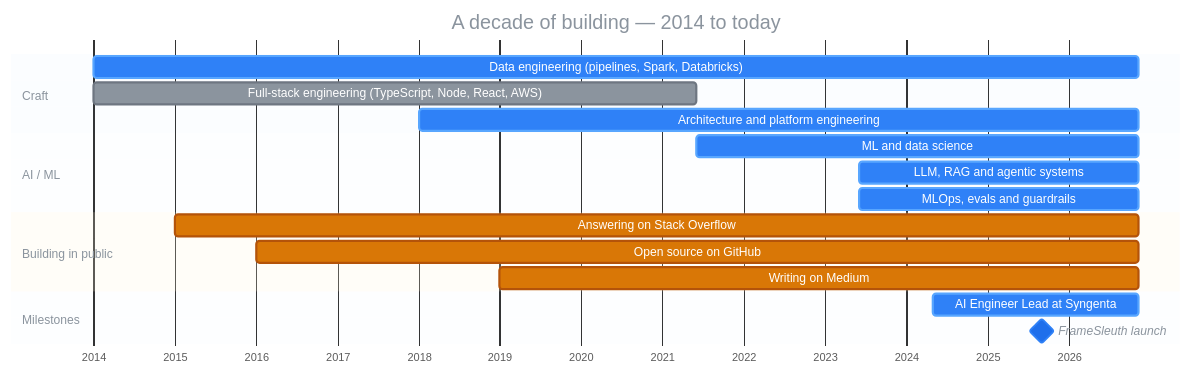
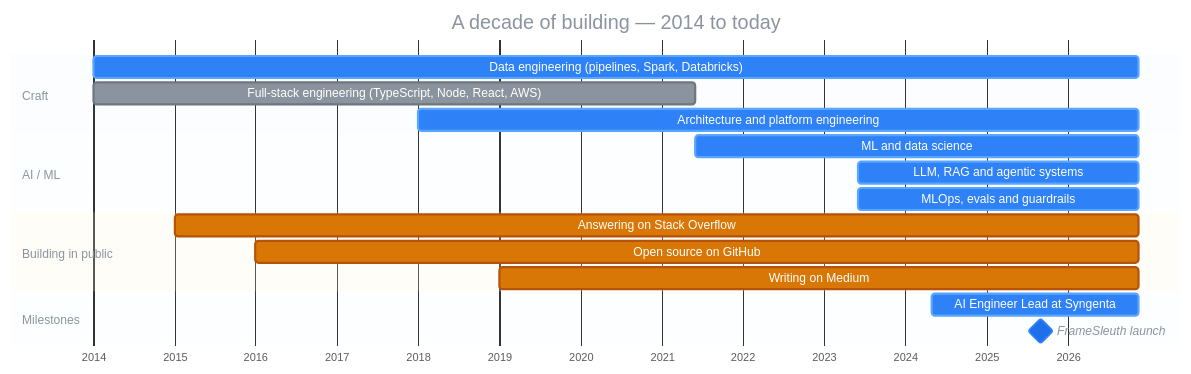
The first of 2 diagrams in README.md (santoshshinde2012/santoshshinde2012), drawn with Mermaid before and after one commit. The commit also changed other lines of this file, not shown here.

Commit message:
chore: refresh shipping summary

````diff
--- a/README.md
+++ b/README.md
@@ -128,27 +131,27 @@
 ```mermaid
 %%{init: {'theme':'base','themeVariables':{'fontFamily':'Fira Code, monospace','taskBkgColor':'#1F6FEB','taskBorderColor':'#2F81F7','activeTaskBkgColor':'#2F81F7','activeTaskBorderColor':'#58A6FF','doneTaskBkgColor':'#8B949E','doneTaskBorderColor':'#6E7681','critBkgColor':'#D97706','critBorderColor':'#B45309','critTextColor':'#ffffff','milestoneBkgColor':'#238636','milestoneBorderColor':'#2EA043','taskTextColor':'#ffffff','taskTextDarkColor':'#ffffff','taskTextLightColor':'#ffffff','taskTextOutsideColor':'#8B949E','gridColor':'#30363D','todayLineColor':'#F85149','titleColor':'#8B949E','sectionBkgColor':'#2F81F714','altSectionBkgColor':'#2F81F70A'}}}%%
 gantt
     title A decade of building — 2014 to today
     dateFormat YYYY-MM-DD
     axisFormat %Y
     tickInterval 1year
 
     section Craft
-    Data engineering (pipelines, Spark, Databricks)      :active, de,   2014-01-01, 2026-11-09
+    Data engineering (pipelines, Spark, Databricks)      :active, de,   2014-01-01, 2026-11-16
     Full-stack engineering (TypeScript, Node, React, AWS) :done,   fs,   2014-01-01, 2021-06-01
-    Architecture and platform engineering                :active, arch, 2018-01-01, 2026-11-09
+    Architecture and platform engineering                :active, arch, 2018-01-01, 2026-11-16
 
     section AI / ML
-    ML and data science                                  :active, ml,   2021-06-01, 2026-11-09
-    LLM, RAG and agentic systems                         :active, llm,  2023-06-01, 2026-11-09
-    MLOps, evals and guardrails                          :active, ops,  2023-06-01, 2026-11-09
+    ML and data science                                  :active, ml,   2021-06-01, 2026-11-16
+    LLM, RAG and agentic systems                         :active, llm,  2023-06-01, 2026-11-16
+    MLOps, evals and guardrails                          :active, ops,  2023-06-01, 2026-11-16
 
     section Building in public
-    Answering on Stack Overflow                          :crit, so,   2015-01-01, 2026-11-09
-    Open source on GitHub                                :crit, gh,   2016-01-01, 2026-11-09
-    Writing on Medium                                    :crit, med,  2019-01-01, 2026-11-09
+    Answering on Stack Overflow                          :crit, so,   2015-01-01, 2026-11-16
+    Open source on GitHub                                :crit, gh,   2016-01-01, 2026-11-16
+    Writing on Medium                                    :crit, med,  2019-01-01, 2026-11-16
 
     section Milestones
-    AI Engineer Lead at Syngenta                         :active,    syn, 2024-05-01, 2026-11-09
+    AI Engineer Lead at Syngenta                         :active,    syn, 2024-05-01, 2026-11-16
     FrameSleuth launch                                   :milestone, fsl, 2025-09-01, 0d
 ```
````
